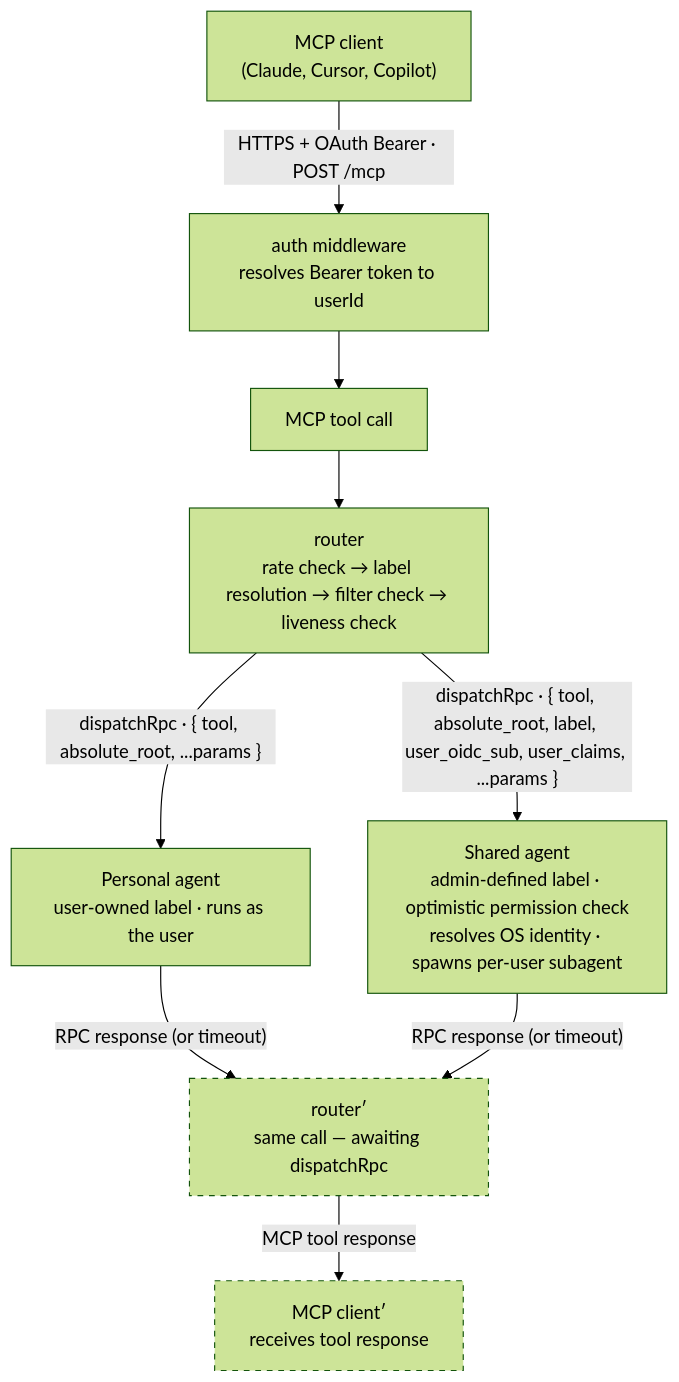
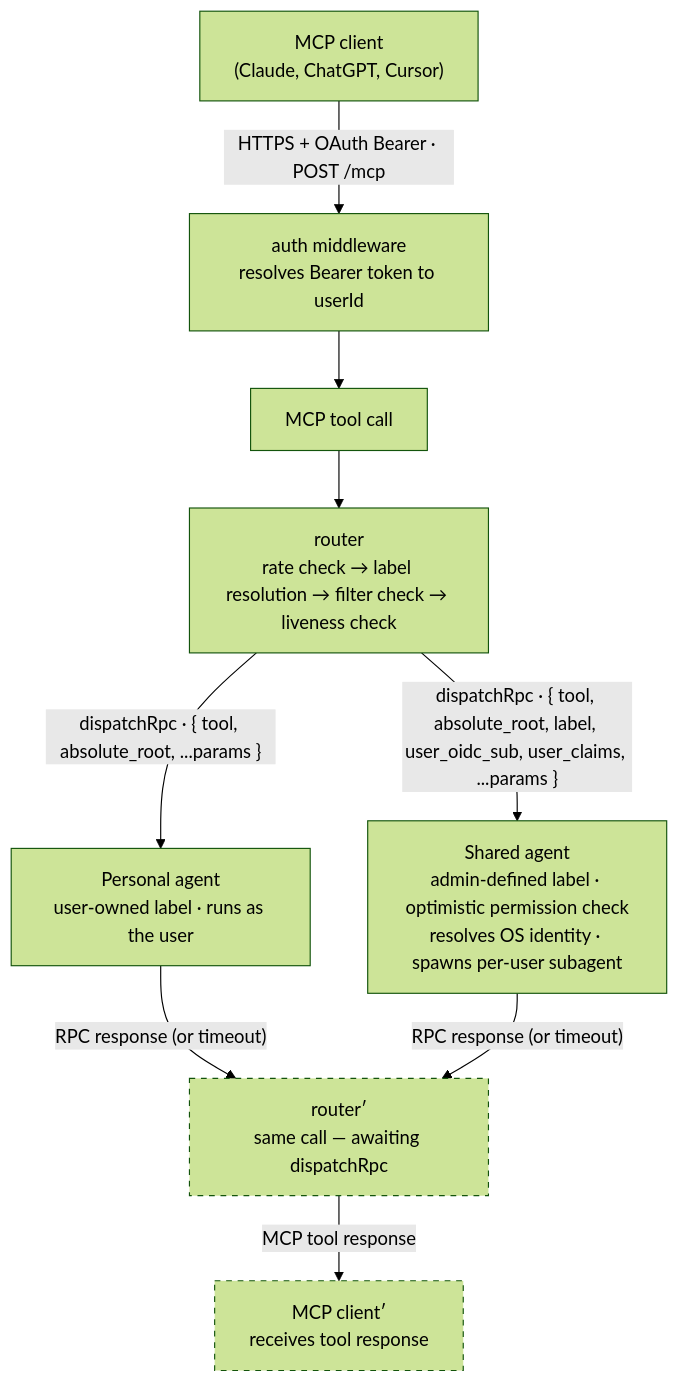
One commit to Mahasamuha/constellation-mcp changed the first of 3 diagrams in docs/broker.md. Above: the diagram before and after it, drawn with Mermaid (forest theme). The commit also changed other lines of this file and 6 other files, not shown here.

First line of the commit message:
docs: add MCP client setup guide and replace Copilot references with ChatGPT

````diff
--- a/docs/broker.md
+++ b/docs/broker.md
@@ -9,23 +9,23 @@
 ```mermaid
 flowchart TD
-    Client["MCP client\n(Claude, Cursor, Copilot)"]
+    Client["MCP client\n(Claude, ChatGPT, Cursor)"]
     Auth["auth middleware\nresolves Bearer token to userId"]
     Tool["MCP tool call"]
     Router["router\nrate check → label resolution → filter check → liveness check"]
     Personal["Personal agent\nuser-owned label · runs as the user"]
     Shared["Shared agent\nadmin-defined label · optimistic permission check\nresolves OS identity · spawns per-user subagent"]
     RouterR["router′\nsame call — awaiting dispatchRpc"]
     ClientR["MCP client′\nreceives tool response"]
 
     Client -->|"HTTPS + OAuth Bearer · POST /mcp"| Auth
     Auth --> Tool
     Tool --> Router
     Router -->|"dispatchRpc · { tool, absolute_root, ...params }"| Personal
     Router -->|"dispatchRpc · { tool, absolute_root, label, user_oidc_sub, user_claims, ...params }"| Shared
     Personal -->|"RPC response (or timeout)"| RouterR
     Shared -->|"RPC response (or timeout)"| RouterR
     RouterR -->|"MCP tool response"| ClientR
 
     classDef replicated stroke-dasharray: 5 5
     class RouterR,ClientR replicated
 ```
````
